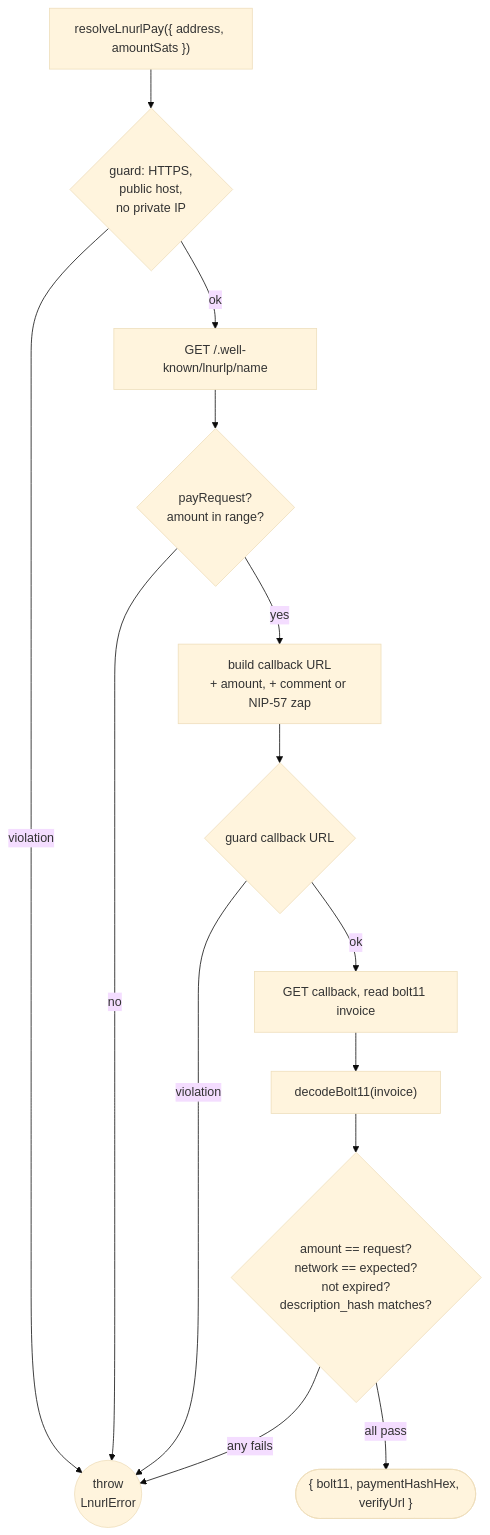
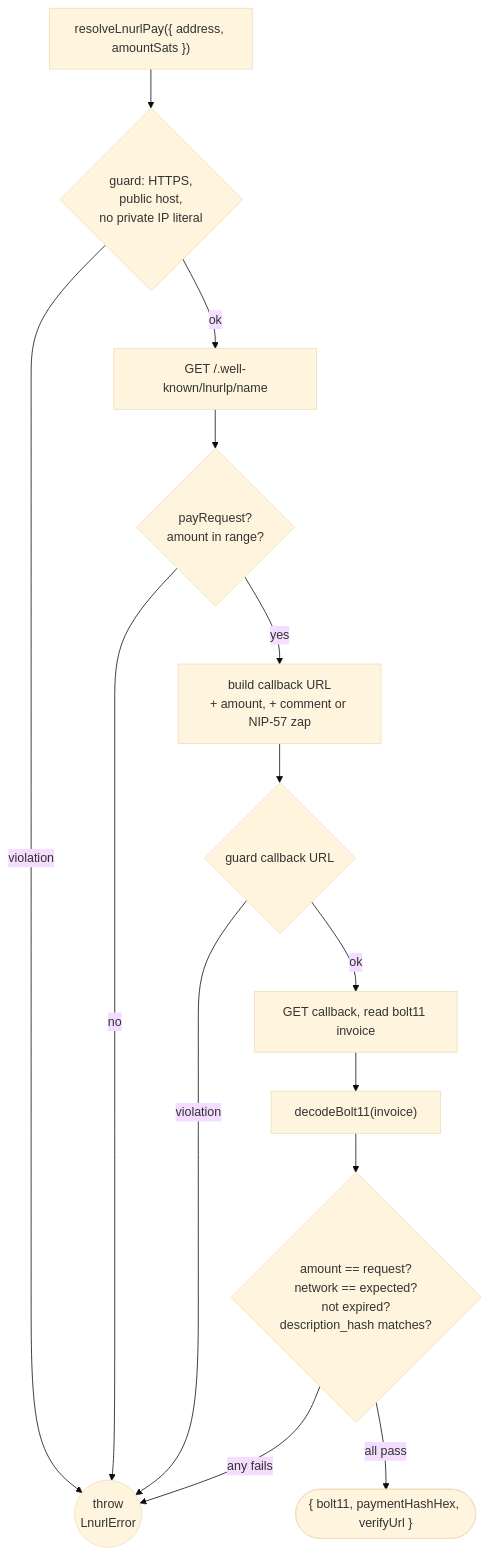
The first of 2 diagrams in README.md (forgesworn/farrier-kit), drawn with Mermaid (base theme) before and after one commit. The commit also changed other lines of this file and 3 other files, not shown here.

````diff
--- a/README.md
+++ b/README.md
@@ -70,16 +104,16 @@
 ```mermaid
 flowchart TD
-  A["resolveLnurlPay({ address, amountSats })"] --> G1{"guard: HTTPS,<br/>public host,<br/>no private IP"}
+  A["resolveLnurlPay({ address, amountSats })"] --> G1{"guard: HTTPS,<br/>public host,<br/>no private IP literal"}
   G1 -->|ok| M["GET /.well-known/lnurlp/name"]
   G1 -->|violation| X(("throw<br/>LnurlError"))
   M --> C{"payRequest?<br/>amount in range?"}
   C -->|no| X
   C -->|yes| B["build callback URL<br/>+ amount, + comment or NIP-57 zap"]
   B --> G2{"guard callback URL"}
   G2 -->|violation| X
   G2 -->|ok| I["GET callback, read bolt11 invoice"]
   I --> D["decodeBolt11(invoice)"]
   D --> V{"amount == request?<br/>network == expected?<br/>not expired?<br/>description_hash matches?"}
   V -->|any fails| X
   V -->|all pass| R(["{ bolt11, paymentHashHex, verifyUrl }"])
 ```
````
